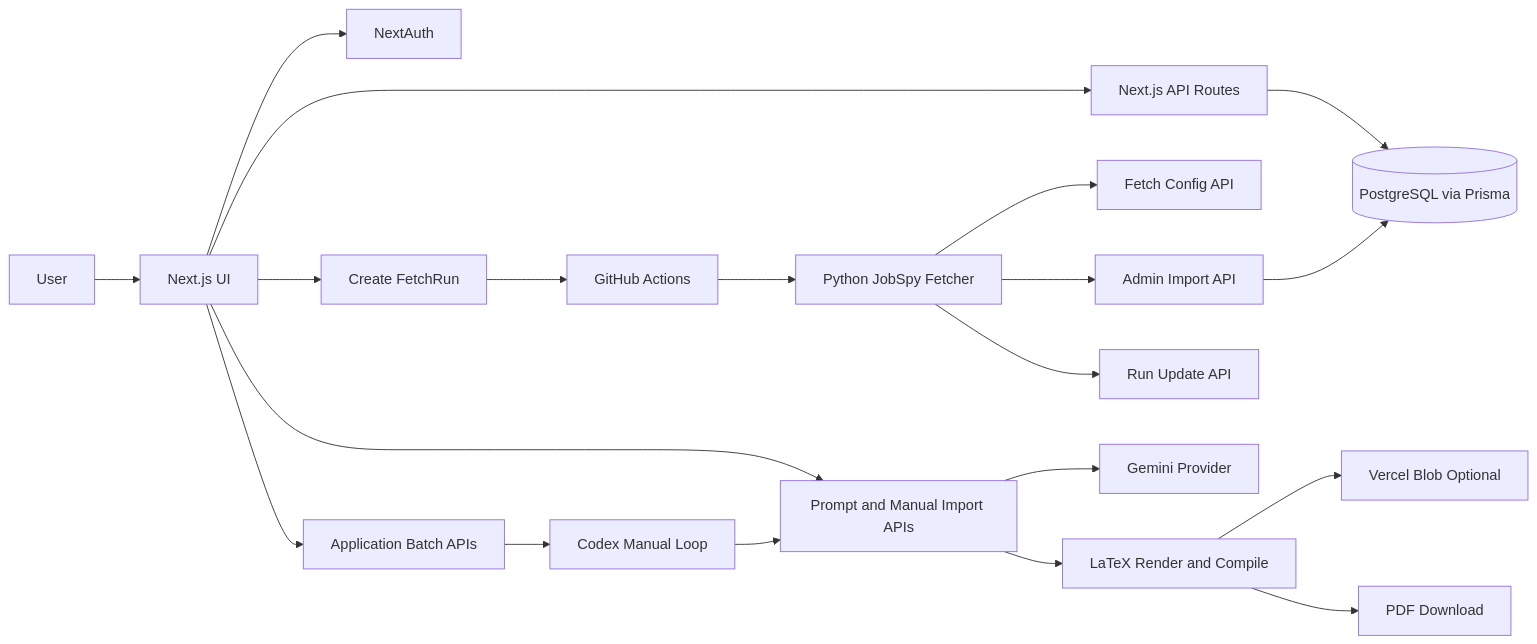
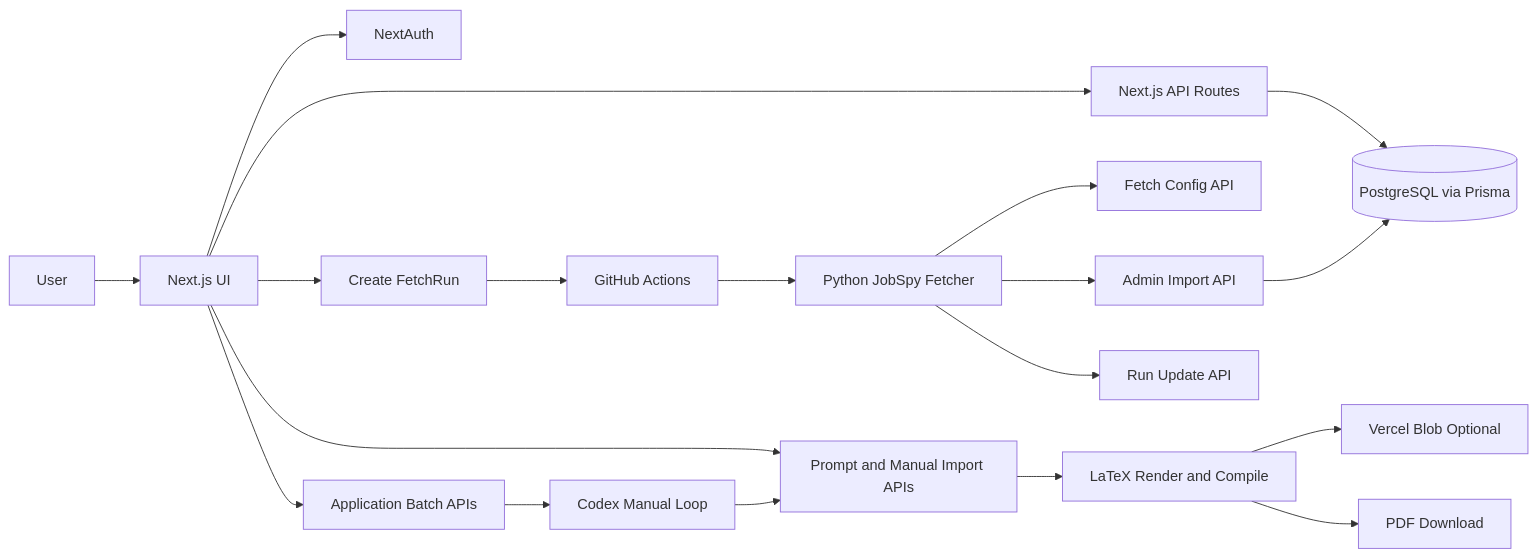
Before and after one commit to ShousenZHANG/jobflow-web: the diagram in README.md, drawn with Mermaid. The commit also changed other lines of this file and 13 other files, not shown here.

````diff
--- a/README.md
+++ b/README.md
@@ -108,24 +109,24 @@
 ```mermaid
 flowchart LR
   U[User] --> FE[Next.js UI]
   FE --> API[Next.js API Routes]
   API --> DB[(PostgreSQL via Prisma)]
   FE --> AUTH[NextAuth]
 
   FE --> FR[Create FetchRun]
   FR --> GH[GitHub Actions]
   GH --> PY[Python JobSpy Fetcher]
   PY --> CFG[Fetch Config API]
   PY --> IMP[Admin Import API]
   PY --> UPD[Run Update API]
   IMP --> DB
 
   FE --> AIPATH[Prompt and Manual Import APIs]
-  AIPATH --> GM[Gemini Provider]
   AIPATH --> PDF[LaTeX Render and Compile]
   PDF --> BLOB[Vercel Blob Optional]
   PDF --> DL[PDF Download]
+
   FE --> BATCH[Application Batch APIs]
   BATCH --> CODX[Codex Manual Loop]
   CODX --> AIPATH
 ```
````
